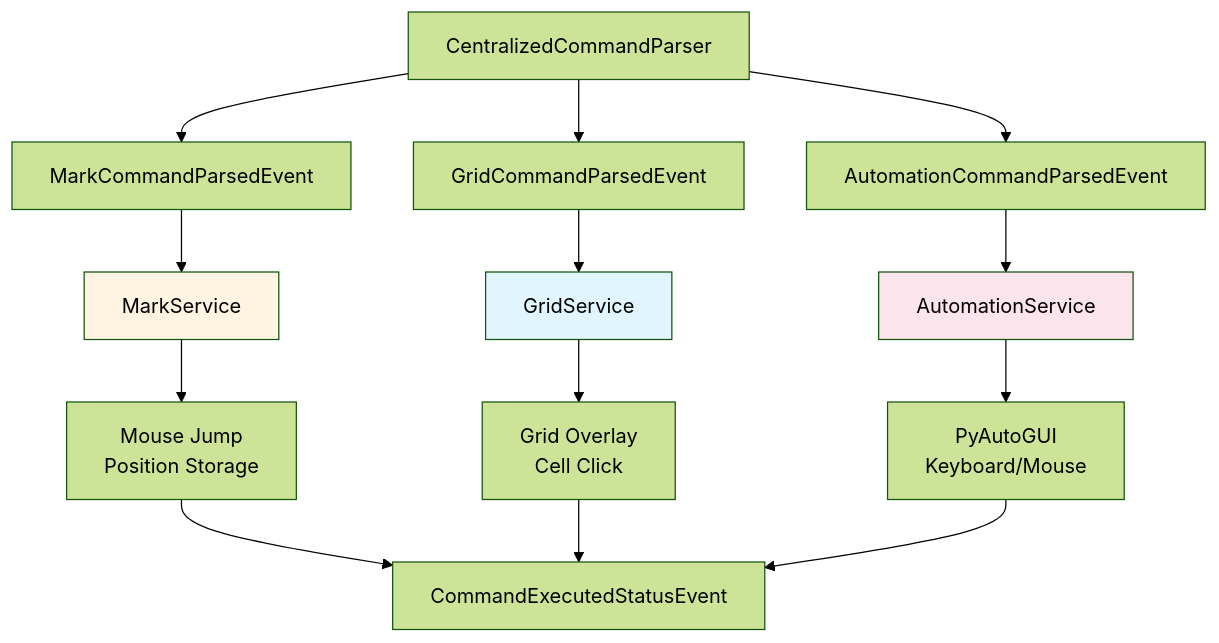
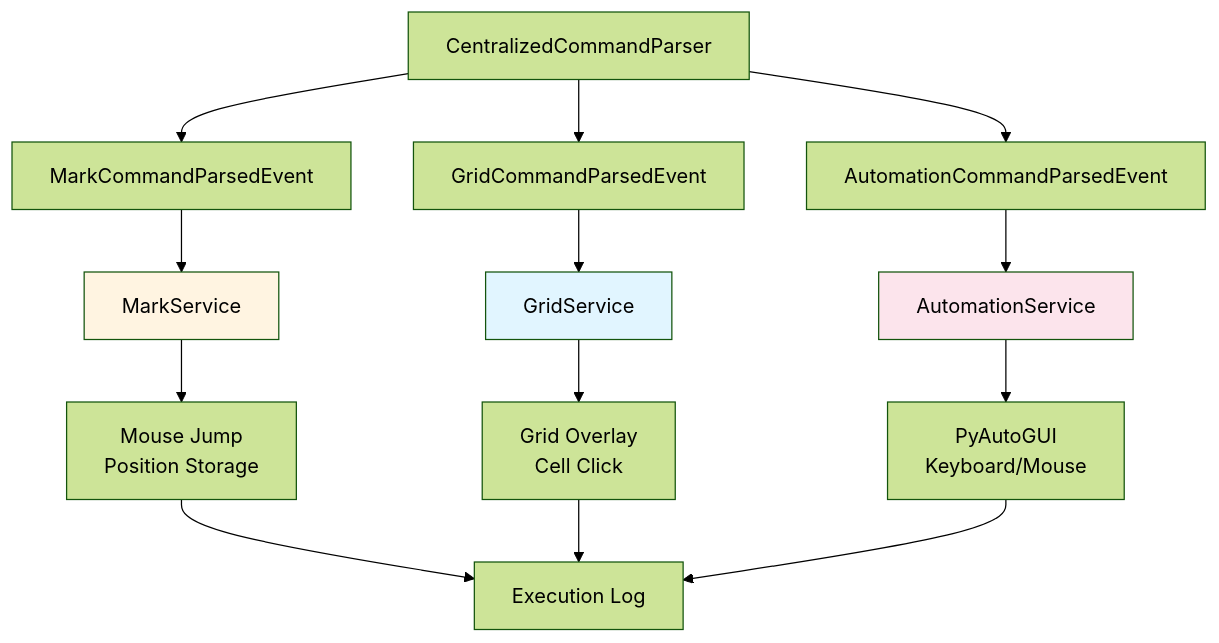
The first of 3 diagrams in docs/developer/command_execution_services.rst (rick12000/vocalance), drawn with Mermaid (forest theme) before and after one commit. The commit also changed other lines of this file and 33 other files, not shown here.

```diff
--- a/docs/developer/command_execution_services.rst
+++ b/docs/developer/command_execution_services.rst
@@ -11,22 +11,22 @@
 .. mermaid::
 
    flowchart TD
        A[CentralizedCommandParser] --> B[MarkCommandParsedEvent]
        A --> C[GridCommandParsedEvent]
        A --> D[AutomationCommandParsedEvent]
 
        B --> E[MarkService]
        C --> F[GridService]
        D --> G[AutomationService]
 
        E --> H[Mouse Jump<br/>Position Storage]
        F --> I[Grid Overlay<br/>Cell Click]
        G --> J[PyAutoGUI<br/>Keyboard/Mouse]
 
-       H --> K[CommandExecutedStatusEvent]
+       H --> K[Execution Log]
        I --> K
        J --> K
 
        style E fill:#fff4e1
        style F fill:#e1f5ff
        style G fill:#fce4ec
```
